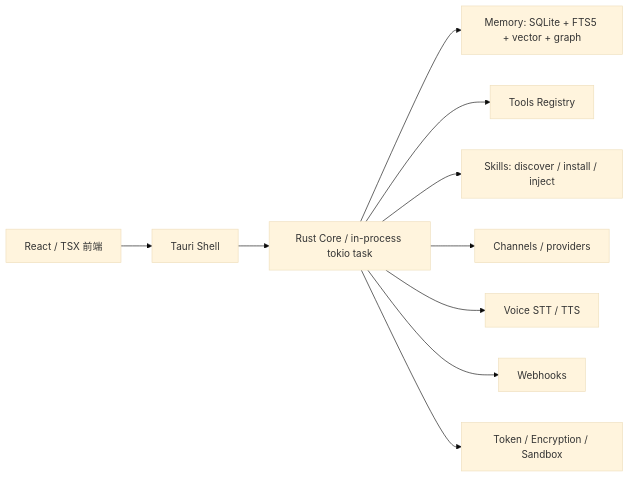
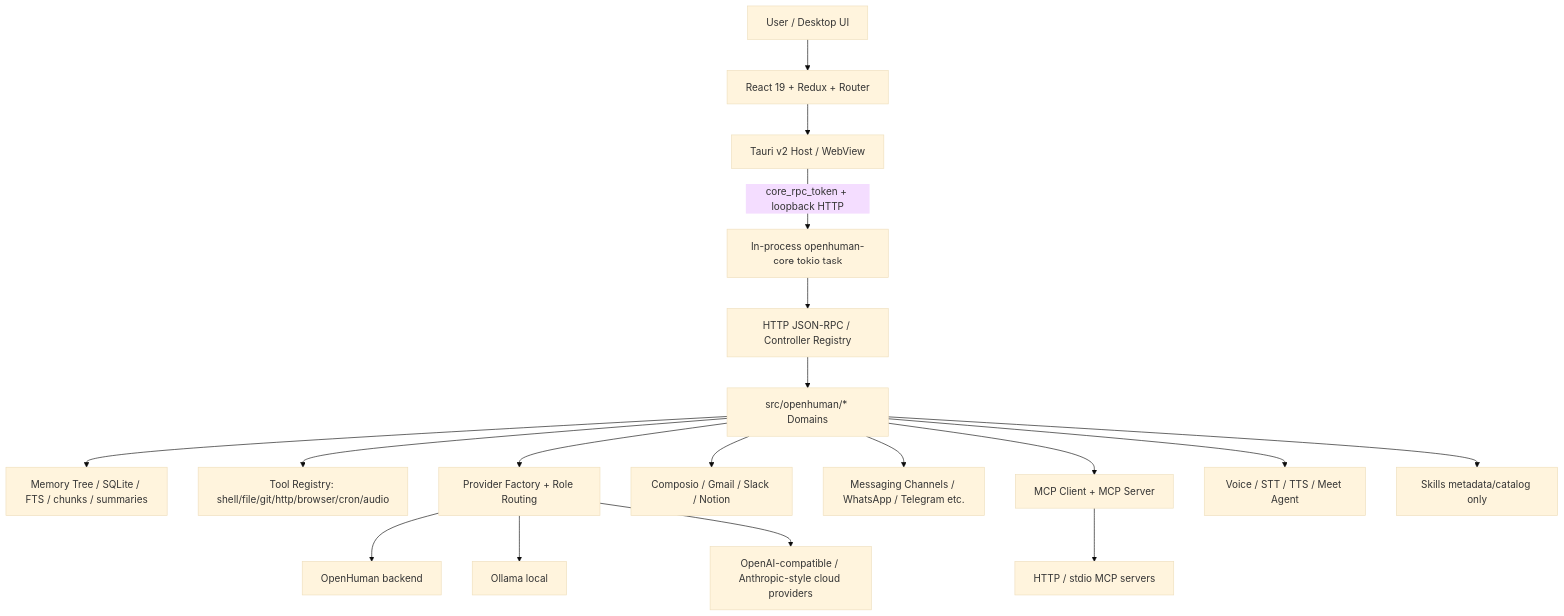
The diagram in reports/openhuman.md (okbexx/tech-knockout), drawn with Mermaid (base theme) before and after one commit. The commit also changed other lines of this file and 1 other file, not shown here.

First line of the commit message:
analysis: refresh openhuman TK report

````diff
--- a/reports/openhuman.md
+++ b/reports/openhuman.md
@@ -70,12 +95,22 @@
 ```mermaid
-graph LR
-  UI[React / TSX 前端] --> Tauri[Tauri Shell]
-  Tauri --> Core[Rust Core / in-process tokio task]
-  Core --> Memory[Memory: SQLite + FTS5 + vector + graph]
-  Core --> Tools[Tools Registry]
-  Core --> Skills[Skills: discover / install / inject]
-  Core --> Channels[Channels / providers]
-  Core --> Voice[Voice STT / TTS]
-  Core --> Webhooks[Webhooks]
-  Core --> Security[Token / Encryption / Sandbox]
+graph TD
+  User[User / Desktop UI] --> React[React 19 + Redux + Router]
+  React --> Tauri[Tauri v2 Host / WebView]
+  Tauri -->|core_rpc_token + loopback HTTP| CoreProc[In-process openhuman-core tokio task]
+  CoreProc --> JsonRpc[HTTP JSON-RPC / Controller Registry]
+  JsonRpc --> Domains[src/openhuman/* Domains]
+
+  Domains --> Memory[Memory Tree / SQLite / FTS / chunks / summaries]
+  Domains --> Tools[Tool Registry: shell/file/git/http/browser/cron/audio]
+  Domains --> Providers[Provider Factory + Role Routing]
+  Domains --> Composio[Composio / Gmail / Slack / Notion]
+  Domains --> Channels[Messaging Channels / WhatsApp / Telegram etc.]
+  Domains --> MCP[MCP Client + MCP Server]
+  Domains --> Voice[Voice / STT / TTS / Meet Agent]
+  Domains --> Skills[Skills metadata/catalog only]
+
+  Providers --> Backend[OpenHuman backend]
+  Providers --> Ollama[Ollama local]
+  Providers --> Cloud[OpenAI-compatible / Anthropic-style cloud providers]
+  MCP --> RemoteTools[HTTP / stdio MCP servers]
 ```
````
